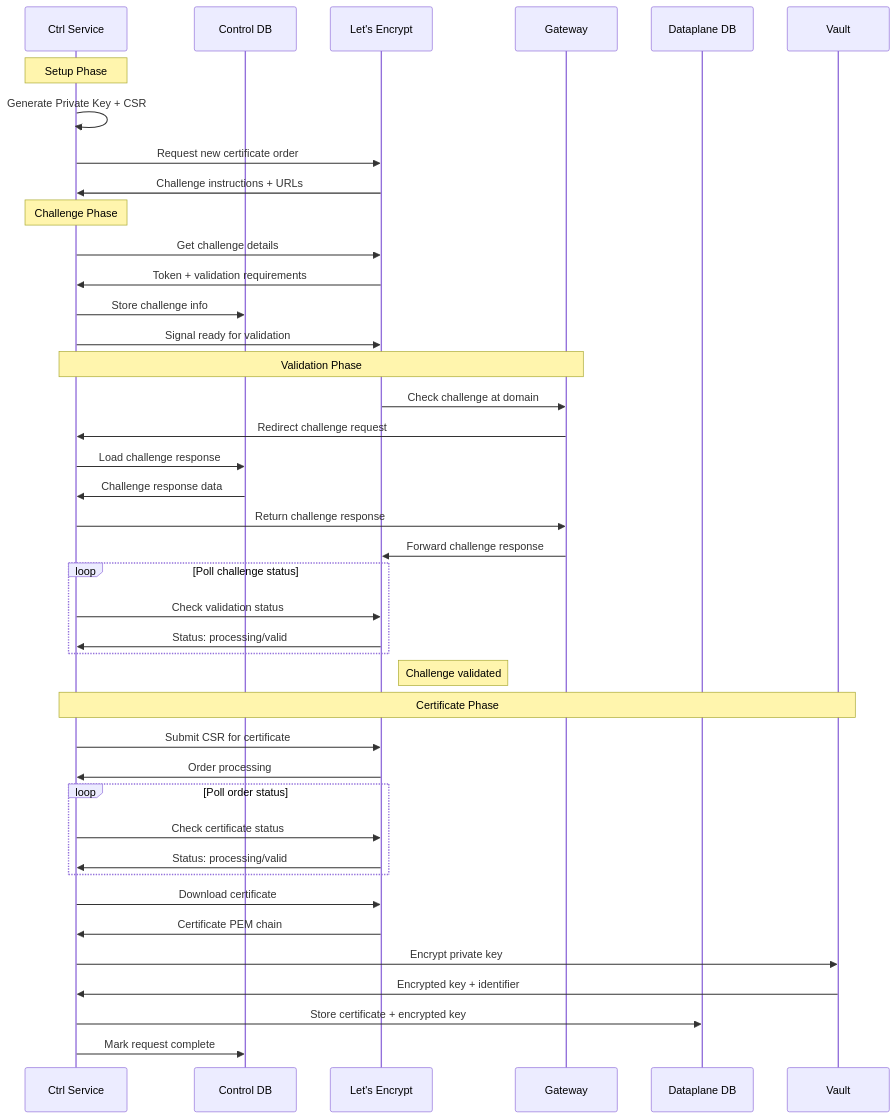
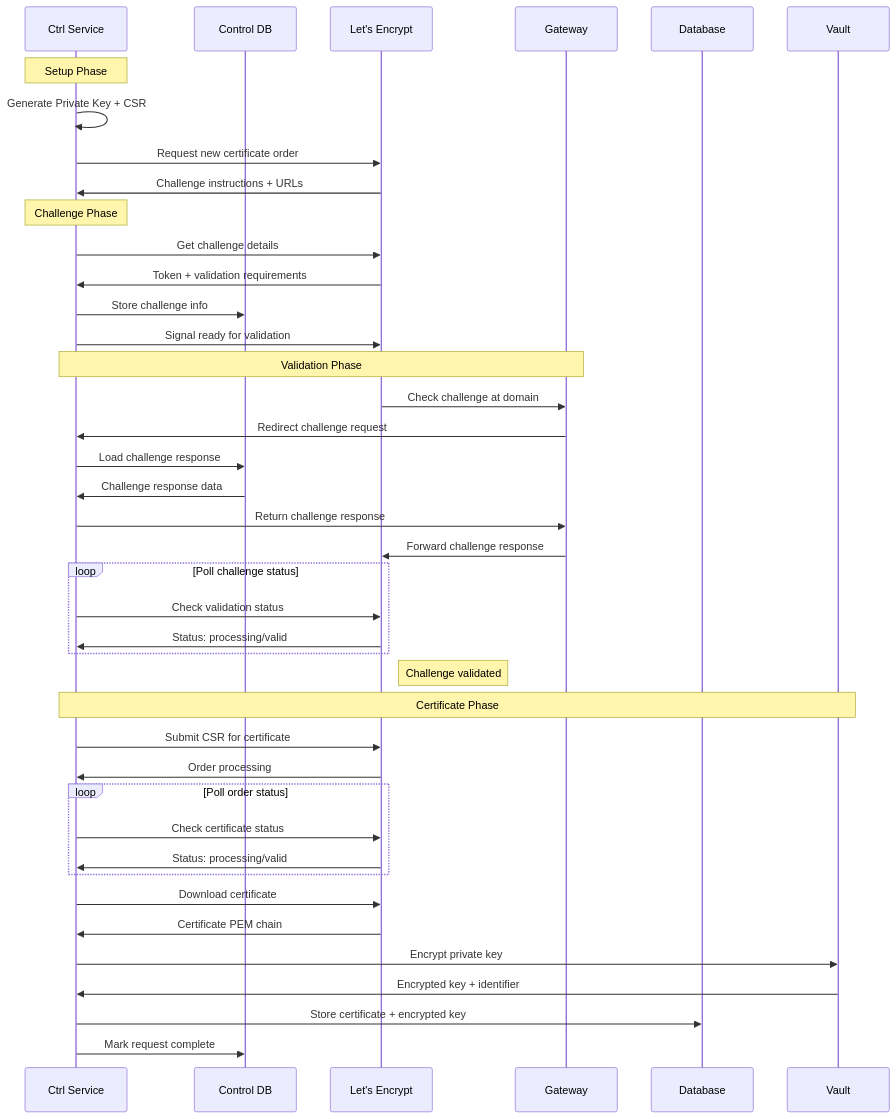
Before and after one commit to unkeyed/unkey: the diagram in apps/engineering/content/docs/rfcs/0013-custom-domains.mdx, drawn with Mermaid. The commit also changed other lines of this file and 79 other files, not shown here.

````diff
--- a/apps/engineering/content/docs/rfcs/0013-custom-domains.mdx
+++ b/apps/engineering/content/docs/rfcs/0013-custom-domains.mdx
@@ -401,51 +398,51 @@
 ```mermaid
 sequenceDiagram
     participant CS as Ctrl Service
     participant CD as Control DB
     participant LE as Let's Encrypt
     participant GW as Gateway
-    participant DD as Dataplane DB
+    participant DD as Database
     participant V as Vault
 
     Note over CS: Setup Phase
     CS->>CS: Generate Private Key + CSR
     CS->>LE: Request new certificate order
     LE->>CS: Challenge instructions + URLs
 
     Note over CS: Challenge Phase
     CS->>LE: Get challenge details
     LE->>CS: Token + validation requirements
     CS->>CD: Store challenge info
     CS->>LE: Signal ready for validation
 
     Note over CS,GW: Validation Phase
     LE->>GW: Check challenge at domain
     GW->>CS: Redirect challenge request
     CS->>CD: Load challenge response
     CD->>CS: Challenge response data
     CS->>GW: Return challenge response
     GW->>LE: Forward challenge response
 
     loop Poll challenge status
       CS->>LE: Check validation status
       LE->>CS: Status: processing/valid
     end
     Note right of LE: Challenge validated
 
     Note over CS,V: Certificate Phase
     CS->>LE: Submit CSR for certificate
     LE->>CS: Order processing
 
     loop Poll order status
       CS->>LE: Check certificate status
       LE->>CS: Status: processing/valid
     end
 
     CS->>LE: Download certificate
     LE->>CS: Certificate PEM chain
 
     CS->>V: Encrypt private key
     V->>CS: Encrypted key + identifier
     CS->>DD: Store certificate + encrypted key
     CS->>CD: Mark request complete
 ```
````
